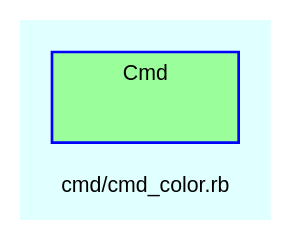
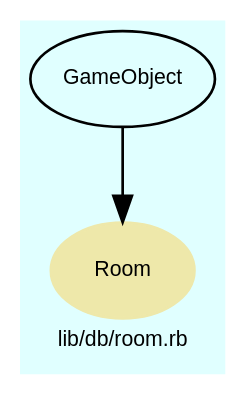
Before and after one commit to Tyche/teensymud: the diagram in doc/dot/f_33.dot, drawn with Graphviz. The commit also changed 215 other files, not shown here.

Commit message:
Renamed Incoming to Account and move to lib/game. Factored out Hamster, Event from tmud.rb to lib/event. Created EventManager class. Regened documentation.

```diff
--- a/doc/dot/f_33.dot
+++ b/doc/dot/f_33.dot
@@ -1,29 +1,31 @@
 digraph TopLevel {
     compound = true
     bgcolor = lightcyan1
     fontname = Arial
     fontsize = 8
-    label = "cmd/cmd_color.rb"
+    label = "lib/db/room.rb"
     node [
         fontname = Arial,
         fontsize = 8,
         color = black
     ]
 
-    subgraph cluster_Cmd {
-        fillcolor = palegreen1
-        URL = "classes/Cmd.html"
-        fontname = Arial
-        color = blue
-        label = "Cmd"
-        style = filled
-        Cmd [
-            shape = plaintext,
-            height = 0.01,
-            width = 0.75,
-            label = ""
-        ]
+    Room [
+        fontcolor = black,
+        URL = "classes/Room.html",
+        shape = ellipse,
+        color = palegoldenrod,
+        style = filled,
+        label = "Room"
+    ]
 
-    }
+    GameObject [
+        URL = "classes/GameObject.html",
+        label = "GameObject"
+    ]
+
+    GameObject -> Room [
+
+    ]
 
 }
```
